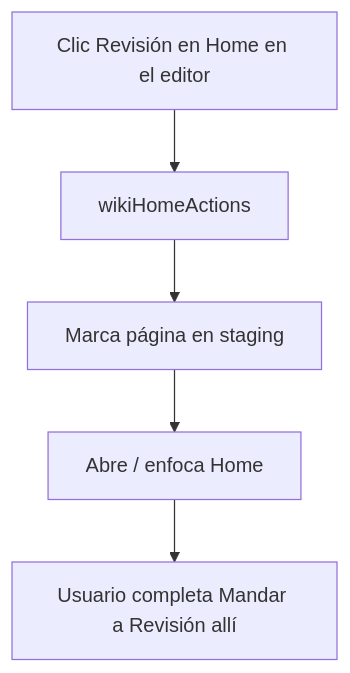
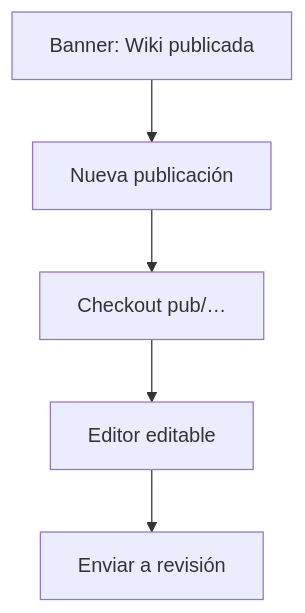
The sixth of 11 diagrams in docs/FLOWS.md (SaulMoreyra/slash-md), drawn with Mermaid before and after one commit. The commit also changed other lines of this file and 671 other files, not shown here.

````diff
--- a/docs/FLOWS.md
+++ b/docs/FLOWS.md
@@ -142,7 +150,7 @@
 ```mermaid
 flowchart TD
-  U[Clic Revisión en Home en el editor] --> H[wikiHomeActions]
-  H --> S[Marca página en staging]
-  S --> P[Abre / enfoca Home]
-  P --> R[Usuario completa Mandar a Revisión allí]
+  U[Banner: Wiki publicada] --> CTA[Nueva publicación]
+  CTA --> Pub[Checkout pub/…]
+  Pub --> Edit[Editor editable]
+  Edit --> Review[Enviar a revisión]
 ```
````
